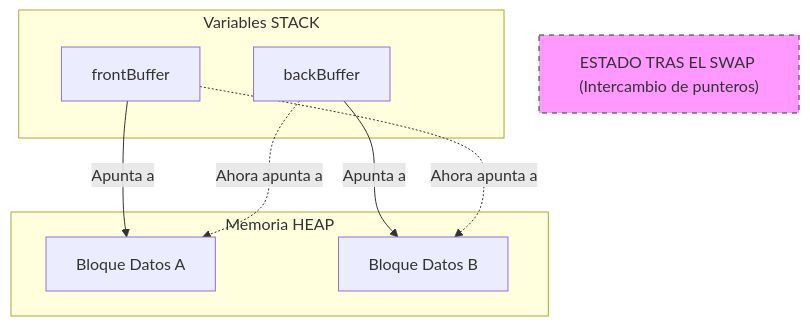
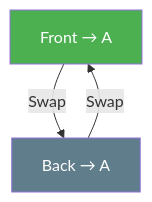
Before and after one commit to joseluisgs/Programacion-03-2026-2027: the second of 2 diagrams in 04-doble-bufer.md, drawn with Mermaid. The commit also changed other lines of this file and 7 other files, not shown here.

````diff
--- a/04-doble-bufer.md
+++ b/04-doble-bufer.md
@@ -175,20 +59,7 @@
 ```mermaid
 graph TD
-    subgraph Memoria_Heap ["Memoria HEAP"]
-        M1["Bloque Datos A"]
-        M2["Bloque Datos B"]
-    end
-    subgraph Variables_Stack ["Variables STACK"]
-        FB["frontBuffer"]
-        BB["backBuffer"]
-    end
-
-    FB -->|Apunta a| M1
-    BB -->|Apunta a| M2
-    
-    INFO["ESTADO TRAS EL SWAP (Intercambio de punteros)"]
-    style INFO fill:#f9f,stroke:#333,stroke-dasharray: 5 5
-    
-    FB -.->|Ahora apunta a| M2
-    BB -.->|Ahora apunta a| M1
+    FRONT["Front → B"] -->|Swap| BACK["Back → A"]
+    BACK["Back → A"] -->|Swap| FRONT["Front → A"]
+    style FRONT fill:#4CAF50,color:#fff
+    style BACK fill:#607D8B,color:#fff
 ```
````
